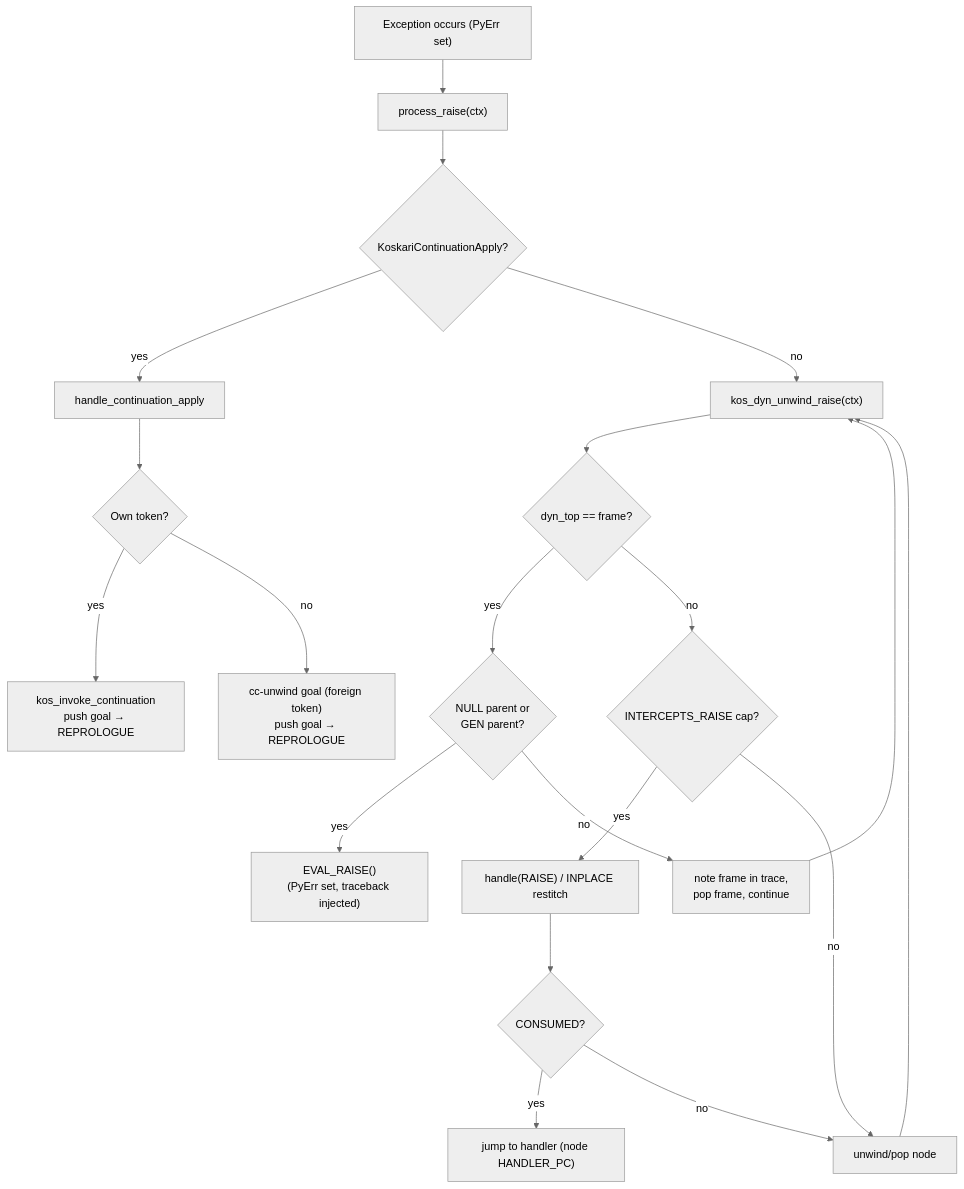
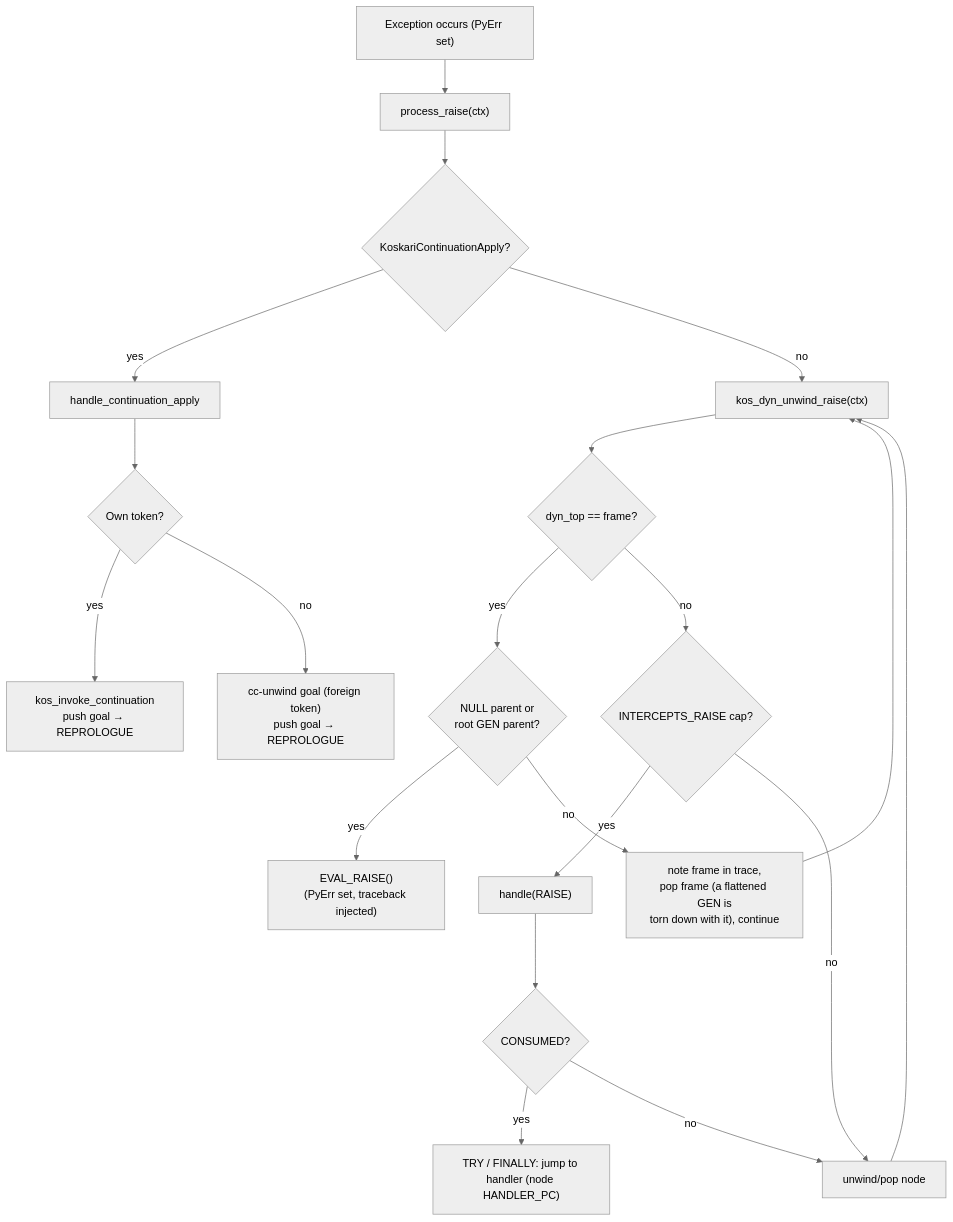
One commit to koskari-lang/koskari changed the ninth of 12 diagrams in design/EVALUATOR.md. Above: the diagram before and after it, drawn with Mermaid (neutral theme). The commit also changed other lines of this file and 16 other files, not shown here.

````diff
--- a/design/EVALUATOR.md
+++ b/design/EVALUATOR.md
@@ -730,40 +756,40 @@
 ```mermaid
 flowchart TD
     exc["Exception occurs (PyErr set)"]
     process["process_raise(ctx)"]
     cc_check{"KoskariContinuationApply?"}
     handle_cc["handle_continuation_apply"]
     own{"Own token?"}
     invoke["kos_invoke_continuation<br/>push goal → REPROLOGUE"]
     foreign["cc-unwind goal (foreign token)<br/>push goal → REPROLOGUE"]
     try_local["kos_dyn_unwind_raise(ctx)"]
     cap{"INTERCEPTS_RAISE cap?"}
-    dispatch["handle(RAISE) / INPLACE restitch"]
+    dispatch["handle(RAISE)"]
     consumed{"CONSUMED?"}
-    jump["jump to handler (node HANDLER_PC)"]
+    jump["TRY / FINALLY: jump to handler (node HANDLER_PC)"]
     pop["unwind/pop node"]
     frame_edge{"dyn_top == frame?"}
-    cross["note frame in trace,<br/>pop frame, continue"]
-    exit_edge{"NULL parent or<br/>GEN parent?"}
+    cross["note frame in trace,<br/>pop frame (a flattened GEN is<br/>torn down with it), continue"]
+    exit_edge{"NULL parent or<br/>root GEN parent?"}
     no_handler["EVAL_RAISE()<br/>(PyErr set, traceback injected)"]
 
     exc --> process
     process --> cc_check
     cc_check -->|yes| handle_cc
     handle_cc --> own
     own -->|yes| invoke
     own -->|no| foreign
     cc_check -->|no| try_local
     try_local --> frame_edge
     frame_edge -->|yes| exit_edge
     exit_edge -->|yes| no_handler
     exit_edge -->|no| cross
     cross --> try_local
     frame_edge -->|no| cap
     cap -->|yes| dispatch
     dispatch --> consumed
     consumed -->|yes| jump
     consumed -->|no| pop
     cap -->|no| pop
     pop --> try_local
 ```
````
